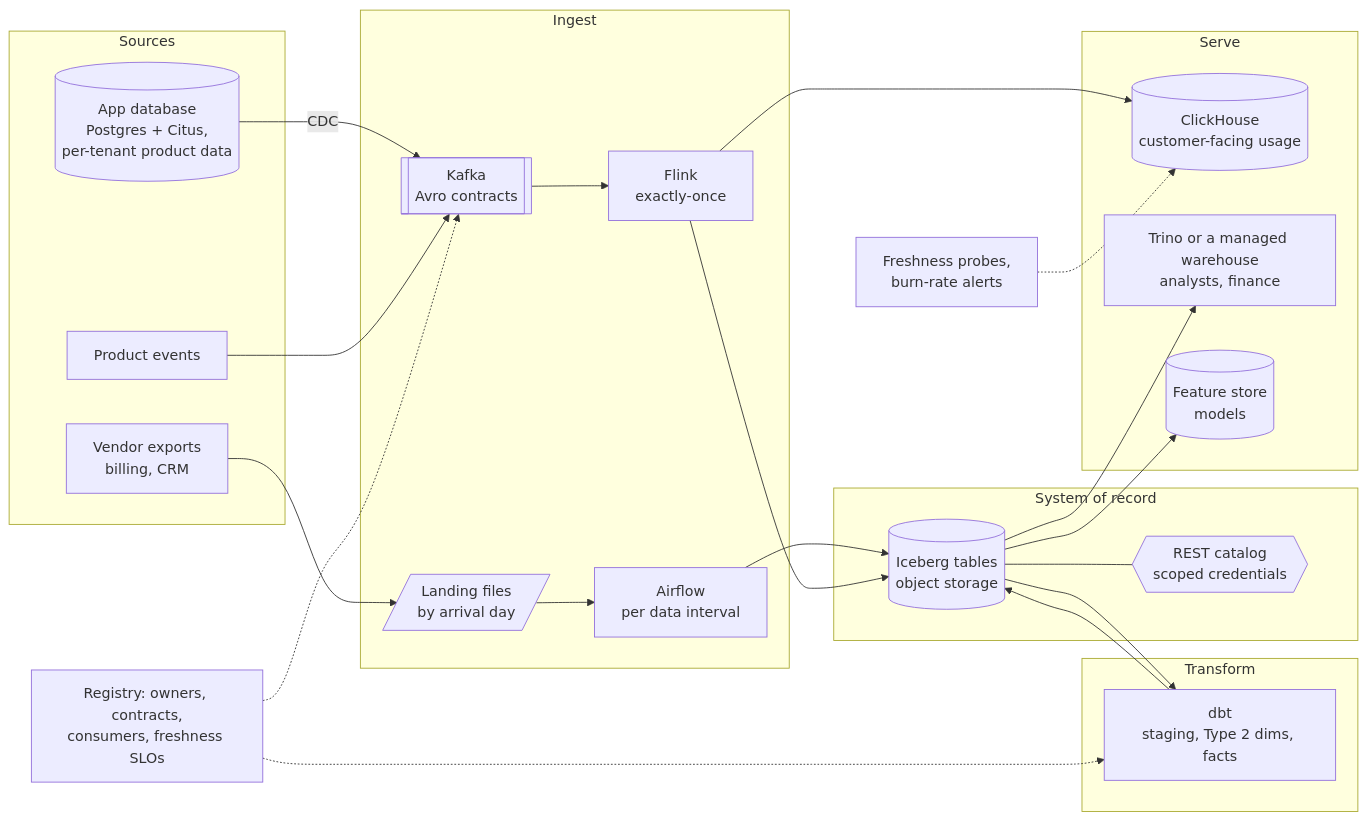
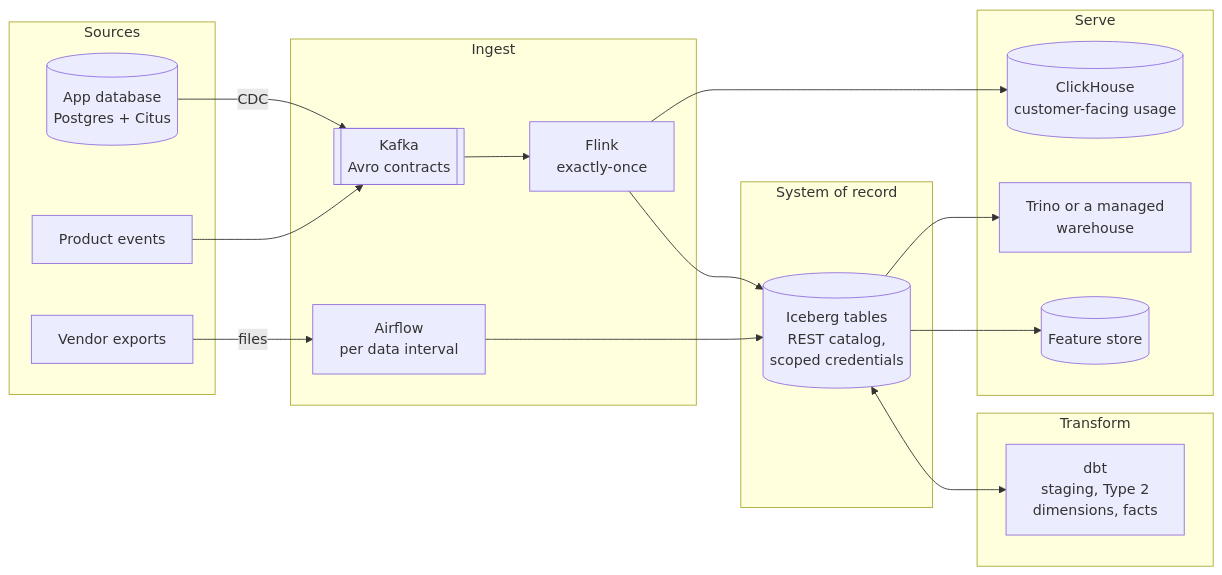
The diagram in README.md (technobasant/data-platform-architecture), drawn with Mermaid before and after one commit. The commit also changed other lines of this file, not shown here.

Commit message:
README: a simpler platform diagram, and a header for the reading-order table

````diff
--- a/README.md
+++ b/README.md
@@ -11,38 +11,34 @@
 ```mermaid
 flowchart LR
   subgraph sources[Sources]
-    app[(App database<br/>Postgres + Citus,<br/>per-tenant product data)]
+    app[(App database<br/>Postgres + Citus)]
     events[Product events]
-    vendor[Vendor exports<br/>billing, CRM]
+    vendor[Vendor exports]
   end
   subgraph ingest[Ingest]
     kafka[[Kafka<br/>Avro contracts]]
     flink[Flink<br/>exactly-once]
-    landing[/Landing files<br/>by arrival day/]
     airflow[Airflow<br/>per data interval]
   end
-  subgraph store[System of record]
-    iceberg[(Iceberg tables<br/>object storage)]
-    catalog{{REST catalog<br/>scoped credentials}}
+  subgraph record[System of record]
+    iceberg[(Iceberg tables<br/>REST catalog,<br/>scoped credentials)]
   end
-  subgraph transform[Transform]
-    dbt[dbt<br/>staging, Type 2 dims, facts]
+  subgraph modelling[Transform]
+    dbt[dbt<br/>staging, Type 2<br/>dimensions, facts]
   end
   subgraph serve[Serve]
     ch[(ClickHouse<br/>customer-facing usage)]
-    sql[Trino or a managed warehouse<br/>analysts, finance]
-    fs[(Feature store<br/>models)]
+    sql[Trino or a managed<br/>warehouse]
+    fs[(Feature store)]
   end
   app -- CDC --> kafka
   events --> kafka
-  vendor --> landing --> airflow --> iceberg
-  kafka --> flink --> iceberg
+  vendor -- files --> airflow
+  kafka --> flink
+  flink --> iceberg
+  airflow --> iceberg
   flink --> ch
-  iceberg --- catalog
-  iceberg --> dbt --> iceberg
+  iceberg <--> dbt
   iceberg --> sql
   iceberg --> fs
-  registry[Registry: owners, contracts,<br/>consumers, freshness SLOs] -.-> kafka
-  registry -.-> dbt
-  probes[Freshness probes,<br/>burn-rate alerts] -.-> ch
 ```
````
